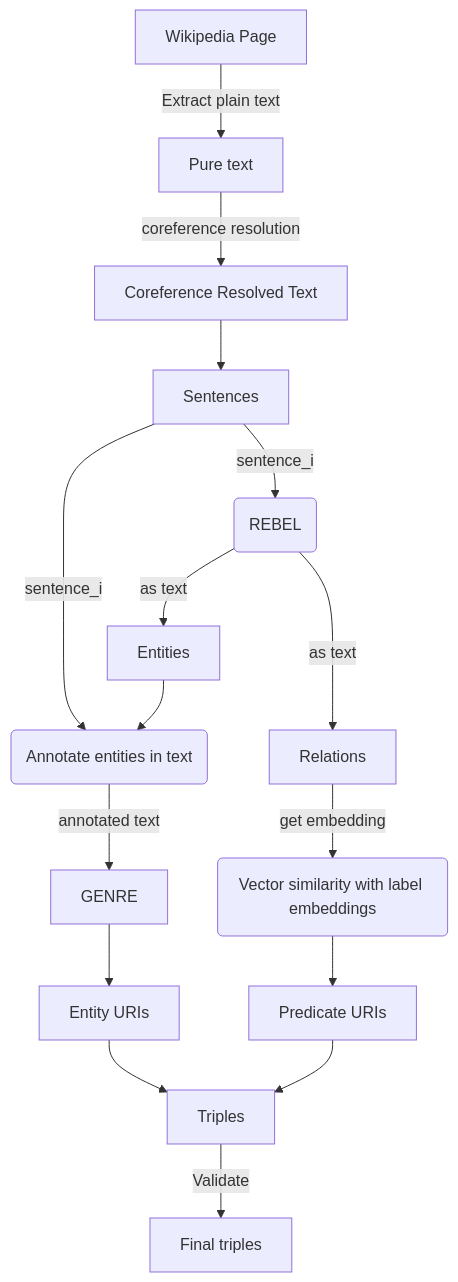
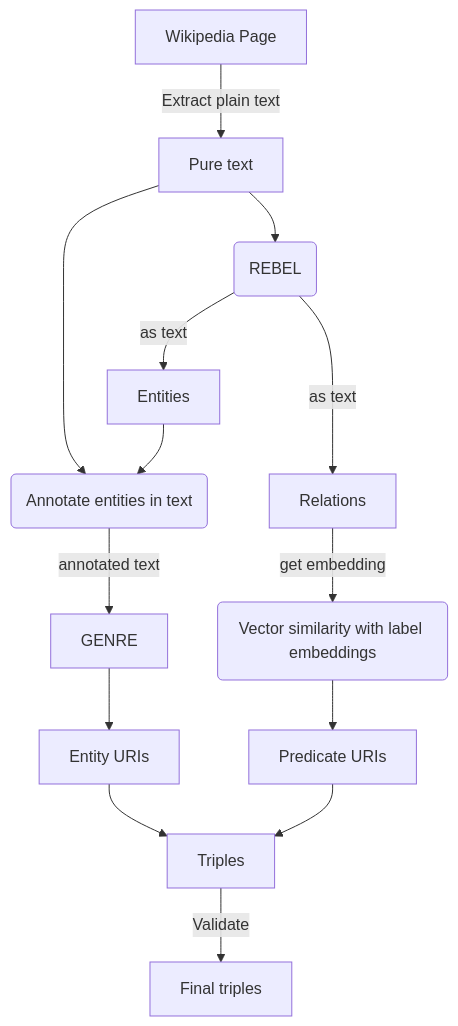
One commit to smilingprogrammer/GSoC-2024-blog changed the diagram in index.md. Above: the diagram before and after it, drawn with Mermaid. The commit also changed other lines of this file, not shown here.

````diff
--- a/index.md
+++ b/index.md
@@ -27,25 +29,25 @@
-```mermaid
+<div class="mermaid">
 graph TD
     wiki_page[Wikipedia Page] --Extract plain text--> pure_text[Pure text]
 
-    pure_text--coreference resolution-->coref_resolved_text[Coreference Resolved Text]
-    coref_resolved_text-->sentences[Sentences]
-    sentences--sentence_i-->rebel(REBEL)
+    pure_text-->rebel(REBEL)
     rebel--as text-->entities[Entities]
     rebel--as text-->relations[Relations]
     
     relations--get embedding-->vector_similarity(Vector similarity with label embeddings);
     vector_similarity-->predicate_uris[Predicate URIs]
 
-    sentences--sentence_i-->annotation_for_genre(Annotate entities in text)
+    pure_text-->annotation_for_genre(Annotate entities in text)
 
     entities-->annotation_for_genre
 
     annotation_for_genre--annotated text-->genre[GENRE]
 
     genre-->entity_uris[Entity URIs]
     
     entity_uris-->triples[Triples]
     predicate_uris-->triples[Triples]
     triples--Validate-->final_triples[Final triples]
-```
+
+    ;
+</div>
````
